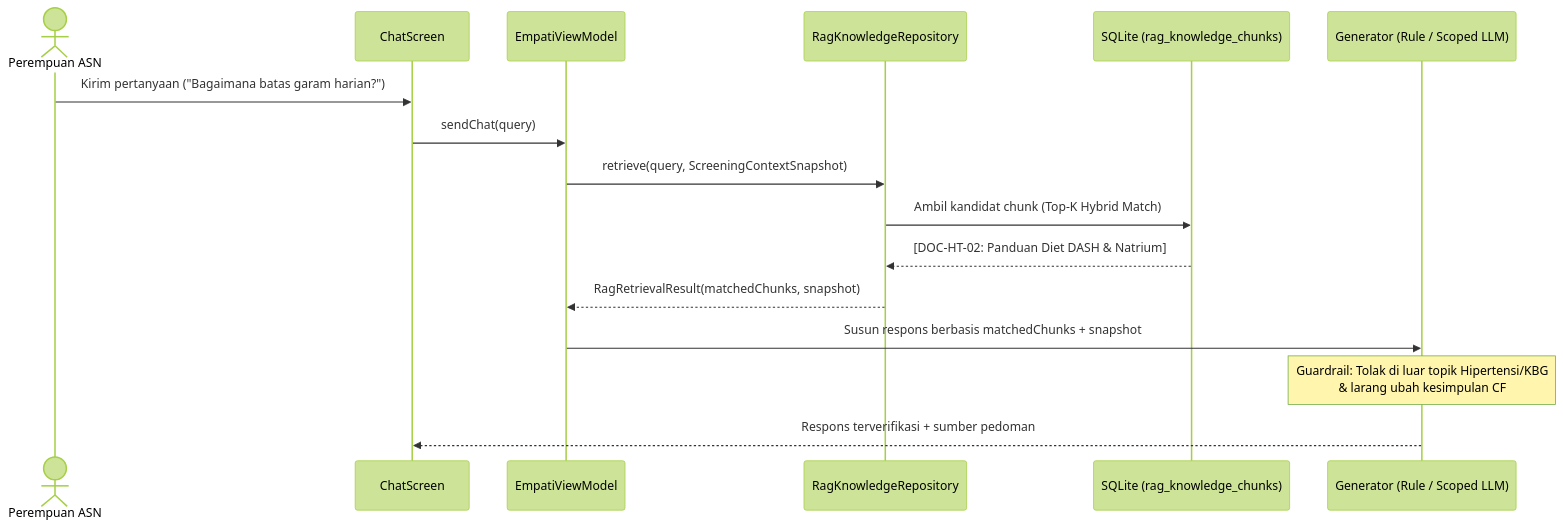
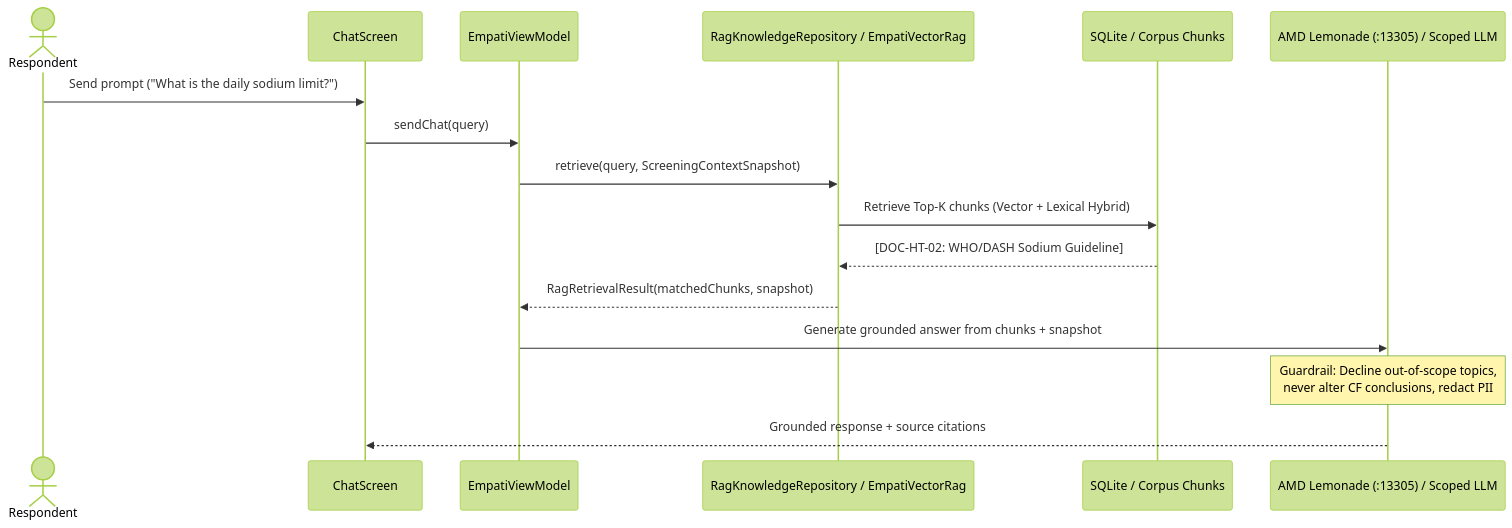
The third of 3 diagrams in DATABASE_AUTH_AND_RAG_ARCHITECTURE.md (RestlessHozy/EmpatiForLemonade), drawn with Mermaid (forest theme) before and after one commit. The commit also changed other lines of this file and 16 other files, not shown here.

Commit message:
docs: translate repository documentation and architecture specs to English

````diff
--- a/DATABASE_AUTH_AND_RAG_ARCHITECTURE.md
+++ b/DATABASE_AUTH_AND_RAG_ARCHITECTURE.md
@@ -254,19 +255,19 @@
 ```mermaid
 sequenceDiagram
-    actor User as Perempuan ASN
+    actor User as Respondent
     participant UI as ChatScreen
     participant VM as EmpatiViewModel
-    participant RAG as RagKnowledgeRepository
-    participant DB as SQLite (rag_knowledge_chunks)
-    participant LLM as Generator (Rule / Scoped LLM)
+    participant RAG as RagKnowledgeRepository / EmpatiVectorRag
+    participant DB as SQLite / Corpus Chunks
+    participant LLM as AMD Lemonade (:13305) / Scoped LLM
 
-    User->>UI: Kirim pertanyaan ("Bagaimana batas garam harian?")
+    User->>UI: Send prompt ("What is the daily sodium limit?")
     UI->>VM: sendChat(query)
     VM->>RAG: retrieve(query, ScreeningContextSnapshot)
-    RAG->>DB: Ambil kandidat chunk (Top-K Hybrid Match)
-    DB-->>RAG: [DOC-HT-02: Panduan Diet DASH & Natrium]
+    RAG->>DB: Retrieve Top-K chunks (Vector + Lexical Hybrid)
+    DB-->>RAG: [DOC-HT-02: WHO/DASH Sodium Guideline]
     RAG-->>VM: RagRetrievalResult(matchedChunks, snapshot)
-    VM->>LLM: Susun respons berbasis matchedChunks + snapshot
-    Note over LLM: Guardrail: Tolak di luar topik Hipertensi/KBG<br/>& larang ubah kesimpulan CF
-    LLM-->>UI: Respons terverifikasi + sumber pedoman
+    VM->>LLM: Generate grounded answer from chunks + snapshot
+    Note over LLM: Guardrail: Decline out-of-scope topics,<br/>never alter CF conclusions, redact PII
+    LLM-->>UI: Grounded response + source citations
 ```
````
